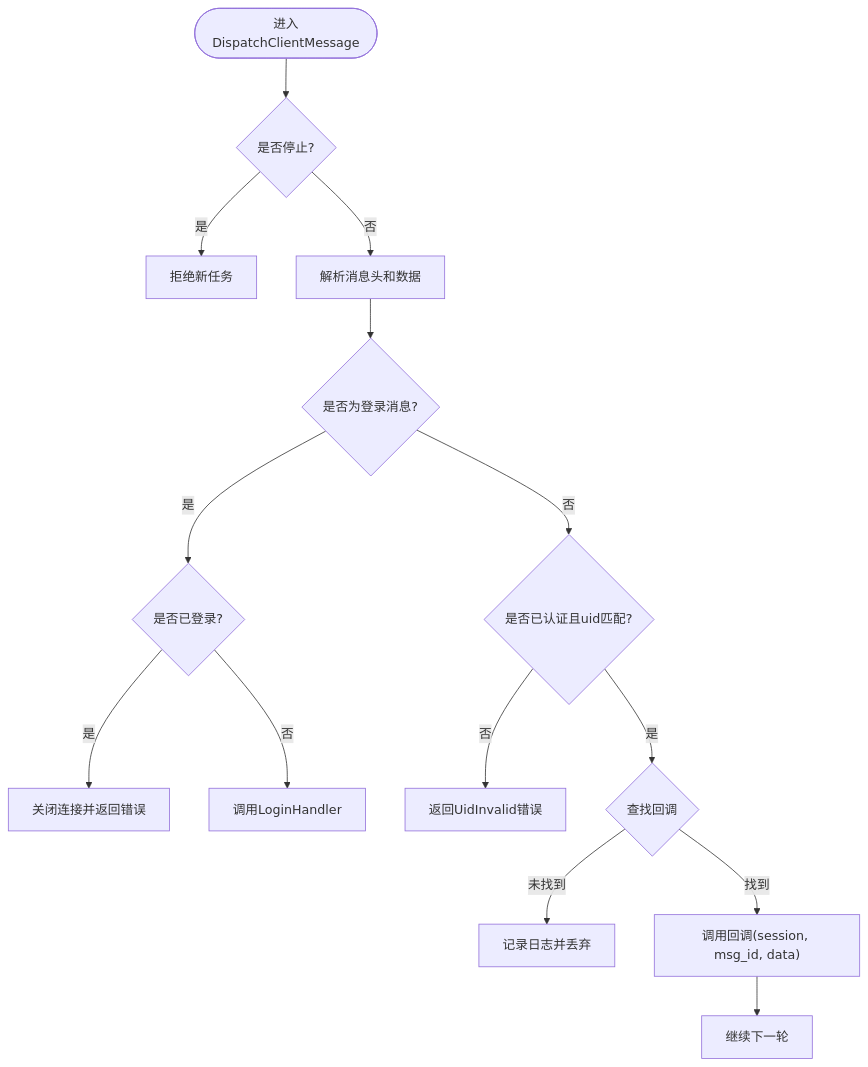
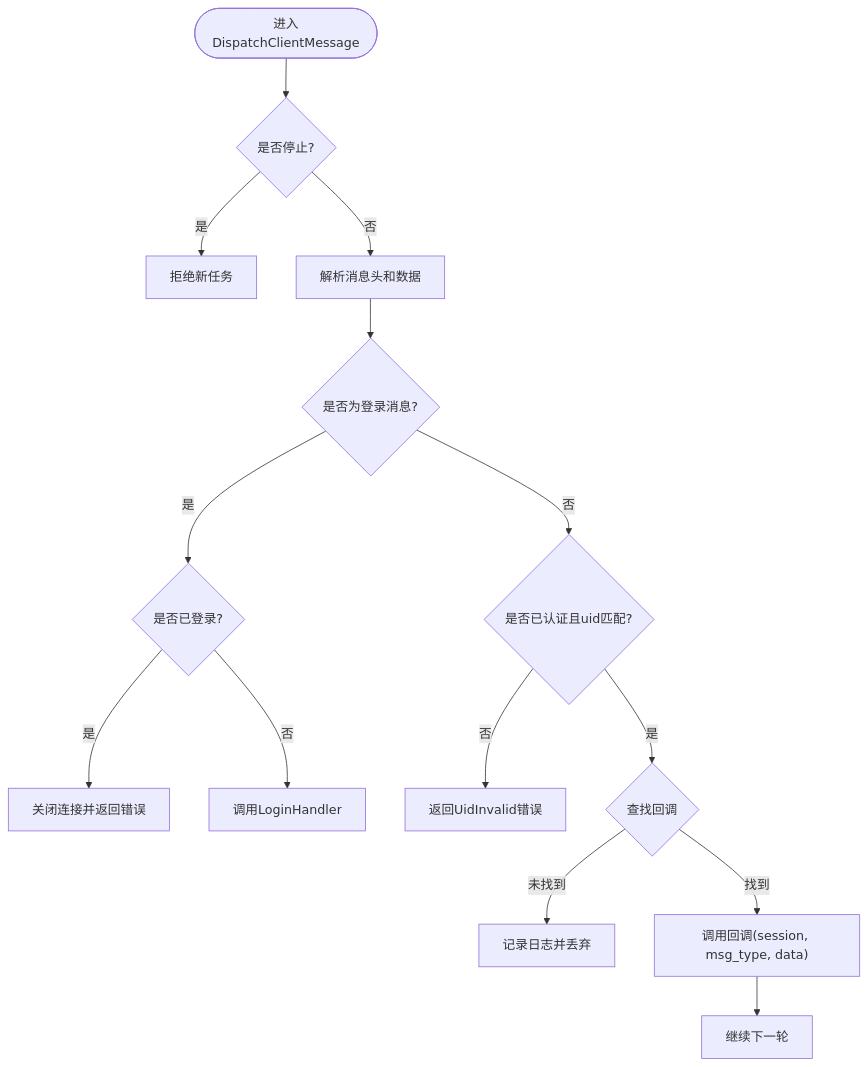
One commit to echo9923/mychatter changed the fifth of 13 diagrams in .qoder/repowiki/zh/content/架构设计/微服务架构设计/ChatServer聊天核心服务/聊天逻辑系统.md. Above: the diagram before and after it, drawn with Mermaid. The commit also changed other lines of this file and 128 other files, not shown here.

First line of the commit message:
refactor(protocol): TCP 帧头消息类型 msg_id 全局改名为 msg_type

````diff
--- a/.qoder/repowiki/zh/content/架构设计/微服务架构设计/ChatServer聊天核心服务/聊天逻辑系统.md
+++ b/.qoder/repowiki/zh/content/架构设计/微服务架构设计/ChatServer聊天核心服务/聊天逻辑系统.md
@@ -276,16 +276,16 @@
 ```mermaid
 flowchart TD
 Start(["进入DispatchClientMessage"]) --> CheckStop{"是否停止?"}
 CheckStop --> |是| Reject["拒绝新任务"]
 CheckStop --> |否| ParseMsg["解析消息头和数据"]
 ParseMsg --> ValidateLogin{"是否为登录消息?"}
 ValidateLogin --> |是| CheckLoginState{"是否已登录?"}
 CheckLoginState --> |是| CloseConn["关闭连接并返回错误"]
 CheckLoginState --> |否| CallHandler["调用LoginHandler"]
 ValidateLogin --> |否| CheckAuth{"是否已认证且uid匹配?"}
 CheckAuth --> |否| ReturnError["返回UidInvalid错误"]
 CheckAuth --> |是| FindCB{"查找回调"}
 FindCB --> |未找到| Log["记录日志并丢弃"]
-FindCB --> |找到| Invoke["调用回调(session, msg_id, data)"]
+FindCB --> |找到| Invoke["调用回调(session, msg_type, data)"]
 Invoke --> Next["继续下一轮"]
 ```
````
